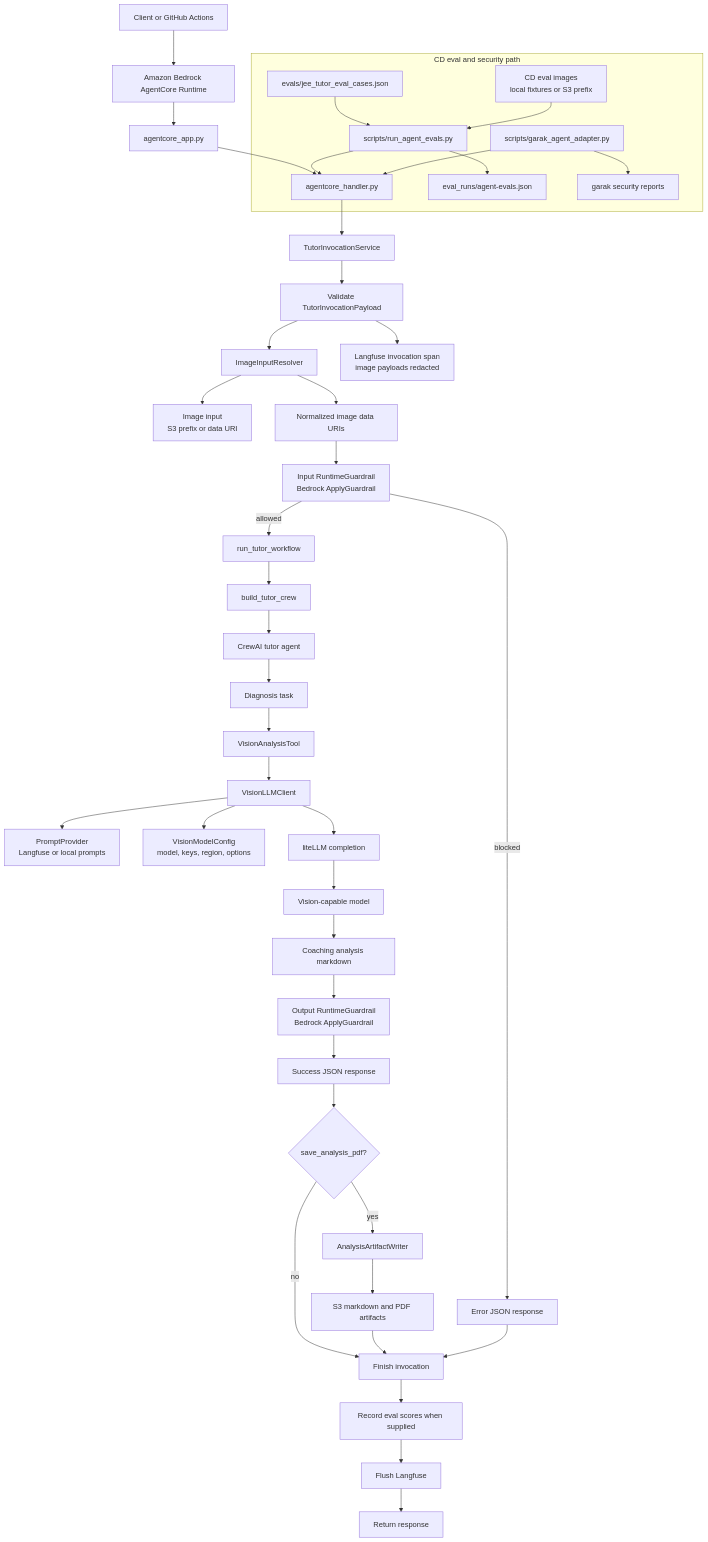
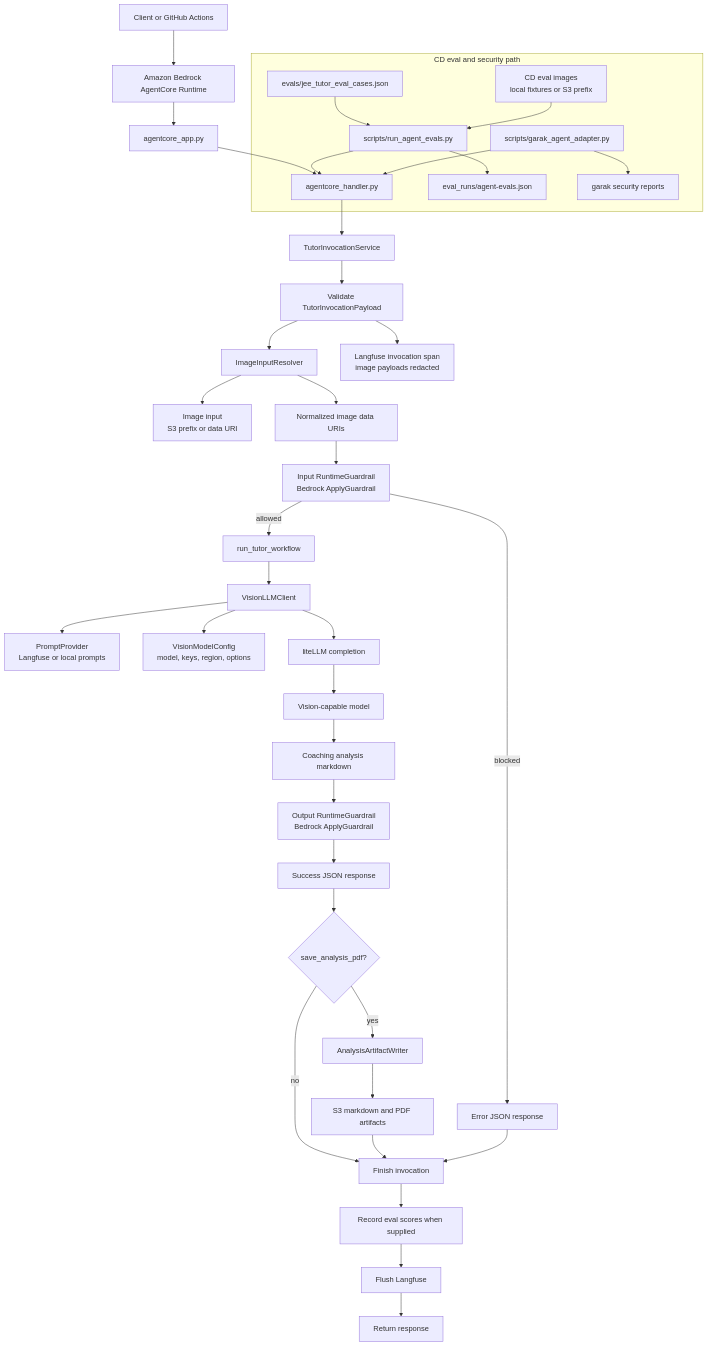
The diagram in docs/block-diagram.md (maverickuser/my-jee-tutor-agent), drawn with Mermaid before and after one commit. The commit also changed other lines of this file and 6 other files, not shown here.

Commit message:
Fix vision-only tutor workflow

````diff
--- a/docs/block-diagram.md
+++ b/docs/block-diagram.md
@@ -3,49 +3,45 @@
 ```mermaid
 flowchart TD
     client[Client or GitHub Actions] --> agentcore[Amazon Bedrock AgentCore Runtime]
     agentcore --> app[agentcore_app.py]
     app --> handler[agentcore_handler.py]
     handler --> service[TutorInvocationService]
 
     service --> validate[Validate TutorInvocationPayload]
     validate --> resolver[ImageInputResolver]
     resolver --> inputSources[Image input<br/>S3 prefix or data URI]
     resolver --> normalizedImages[Normalized image data URIs]
 
     validate --> trace[Langfuse invocation span<br/>image payloads redacted]
     normalizedImages --> inputGuardrail[Input RuntimeGuardrail<br/>Bedrock ApplyGuardrail]
     inputGuardrail -->|blocked| errorResponse[Error JSON response]
     inputGuardrail -->|allowed| workflow[run_tutor_workflow]
 
-    workflow --> crew[build_tutor_crew]
-    crew --> tutorAgent[CrewAI tutor agent]
-    tutorAgent --> task[Diagnosis task]
-    task --> visionTool[VisionAnalysisTool]
-    visionTool --> llmClient[VisionLLMClient]
+    workflow --> llmClient[VisionLLMClient]
     llmClient --> prompts[PromptProvider<br/>Langfuse or local prompts]
     llmClient --> modelConfig[VisionModelConfig<br/>model, keys, region, options]
     llmClient --> liteLLM[liteLLM completion]
     liteLLM --> visionModel[Vision-capable model]
 
     visionModel --> analysis[Coaching analysis markdown]
     analysis --> outputGuardrail[Output RuntimeGuardrail<br/>Bedrock ApplyGuardrail]
     outputGuardrail --> successResponse[Success JSON response]
     successResponse --> artifacts{save_analysis_pdf?}
     artifacts -->|yes| artifactWriter[AnalysisArtifactWriter]
     artifactWriter --> artifactStorage[S3 markdown and PDF artifacts]
     artifacts -->|no| finish[Finish invocation]
     artifactStorage --> finish
     errorResponse --> finish
     finish --> score[Record eval scores when supplied]
     score --> flush[Flush Langfuse]
     flush --> response[Return response]
 
     subgraph CD eval and security path
         cases[evals/jee_tutor_eval_cases.json] --> evalRunner[scripts/run_agent_evals.py]
         evalImages[CD eval images<br/>local fixtures or S3 prefix] --> evalRunner
         evalRunner --> handler
         evalRunner --> evalReport[eval_runs/agent-evals.json]
         garak[scripts/garak_agent_adapter.py] --> handler
         garak --> securityReport[garak security reports]
     end
 ```
````
